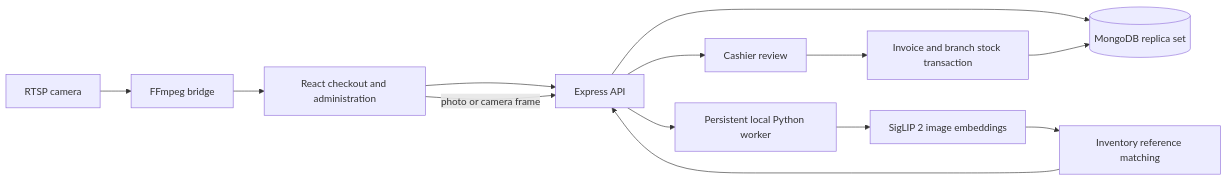
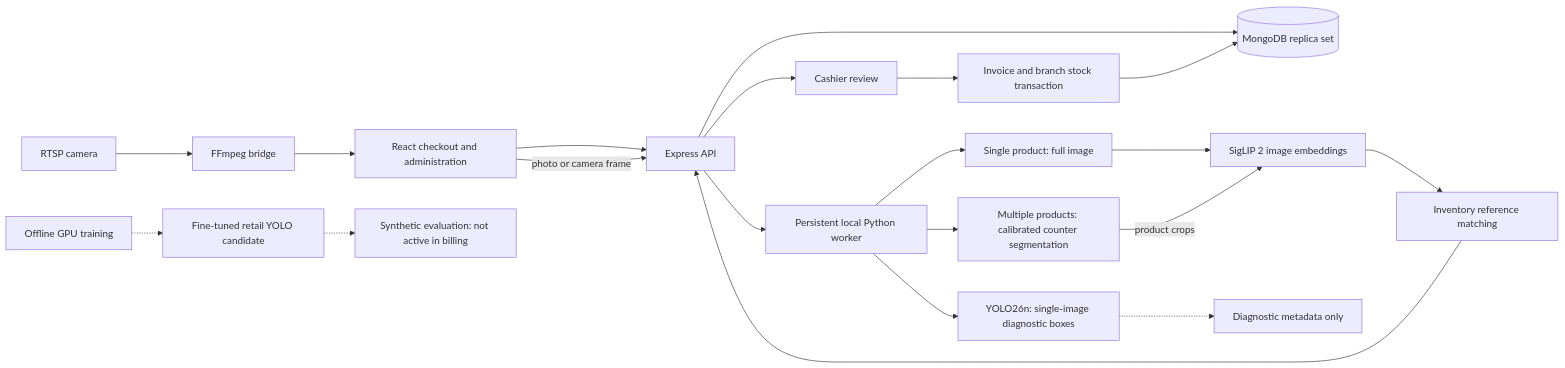
Before and after one commit to Faseeh-Ops/VisionCart-AI: the diagram in README.md, drawn with Mermaid. The commit also changed other lines of this file, not shown here.

Commit message:
docs: show YOLO diagnostics and offline training in architecture
README.md: distinguish single-image YOLO diagnostic boxes, calibrated multi-product crops, SigLIP 2 matching, and the inactive fine-tuned detector.

````diff
--- a/README.md
+++ b/README.md
@@ -109,15 +109,22 @@
 ```mermaid
 flowchart LR
     Browser[React checkout and administration] --> API[Express API]
     API --> DB[(MongoDB replica set)]
     Browser -->|photo or camera frame| API
     API --> Worker[Persistent local Python worker]
-    Worker --> Encoder[SigLIP 2 image embeddings]
+    Worker --> Single[Single product: full image]
+    Worker --> Multi[Multiple products: calibrated counter segmentation]
+    Single --> Encoder[SigLIP 2 image embeddings]
+    Multi -->|product crops| Encoder
+    Worker --> YOLO[YOLO26n: single-image diagnostic boxes]
+    YOLO -.-> Diagnostics[Diagnostic metadata only]
     Encoder --> Match[Inventory reference matching]
     Match --> API
     RTSP[RTSP camera] --> Bridge[FFmpeg bridge]
     Bridge --> Browser
     API --> Review[Cashier review]
     Review --> Invoice[Invoice and branch stock transaction]
     Invoice --> DB
+    Training[Offline GPU training] -.-> Candidate[Fine-tuned retail YOLO candidate]
+    Candidate -.-> Evaluation[Synthetic evaluation: not active in billing]
 ```
````
